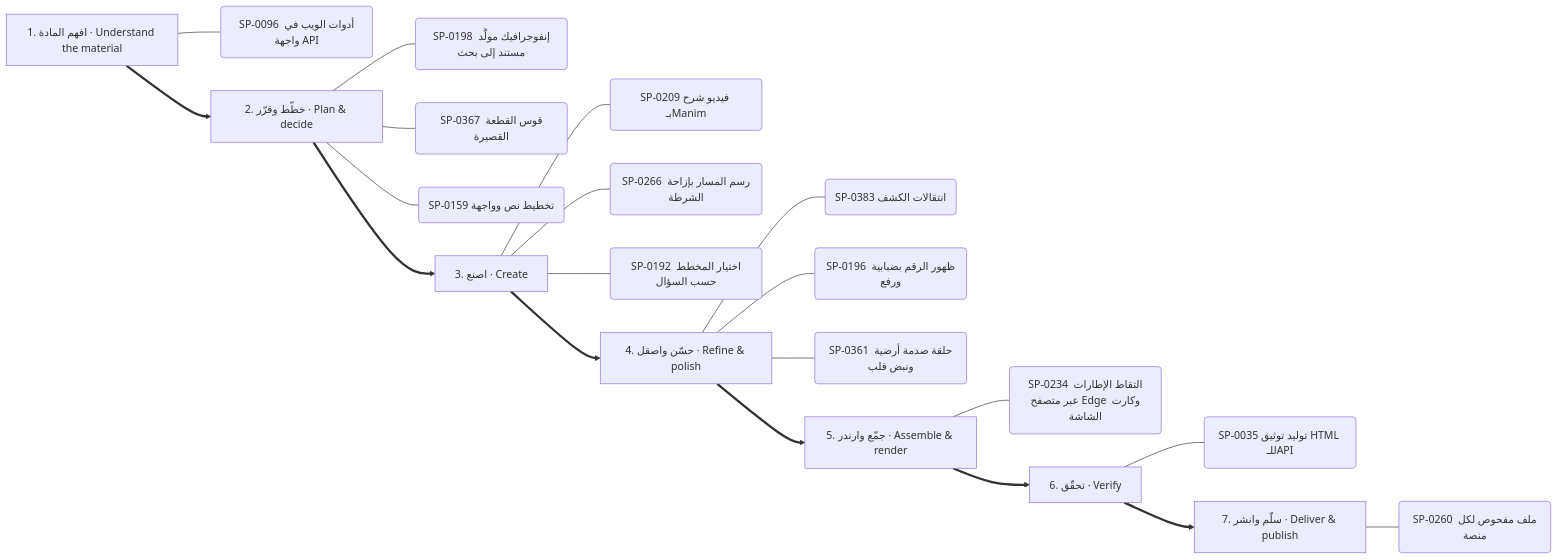
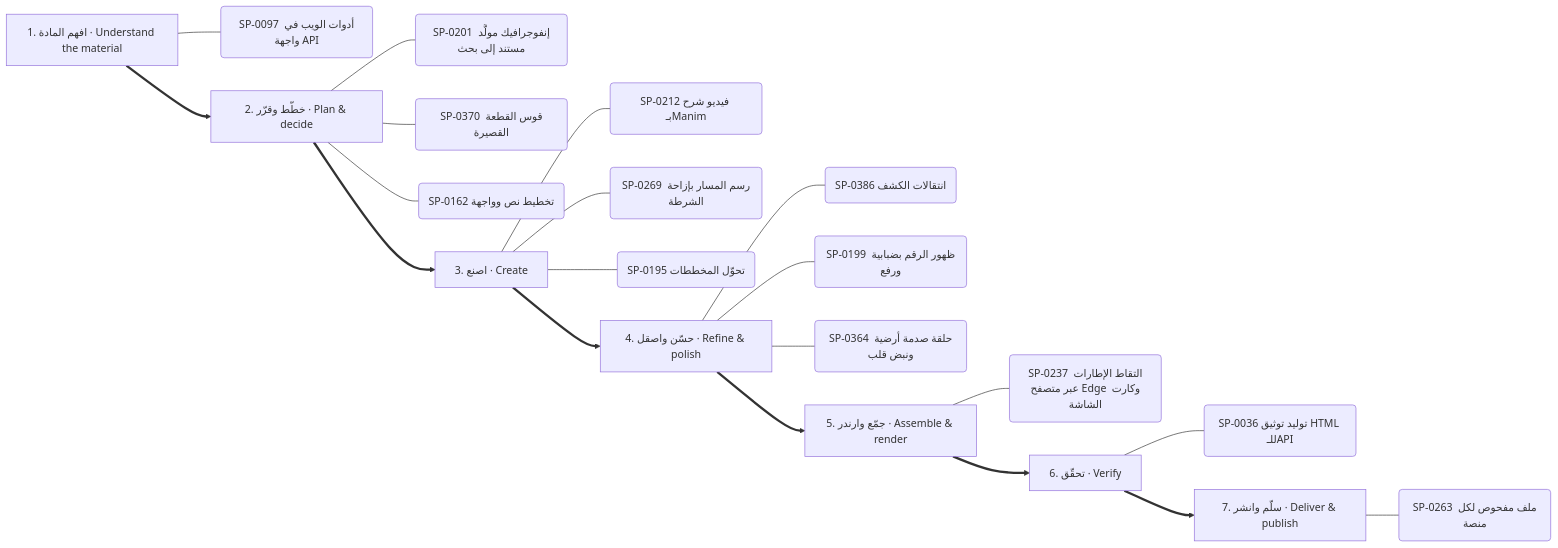
The fifth of 13 diagrams in .claude/skills/kosif-superpowers/references/capability-mindmap.md (kosif199022-jpg/kosif-tool), drawn with Mermaid before and after one commit. The commit also changed other lines of this file and 37 other files, not shown here.

````diff
--- a/.claude/skills/kosif-superpowers/references/capability-mindmap.md
+++ b/.claude/skills/kosif-superpowers/references/capability-mindmap.md
@@ -271,29 +272,29 @@
 ```mermaid
 flowchart LR
   S0["1. افهم المادة · Understand the material"]
-  S0 --- S0_0("SP-0096 أدوات الويب في واجهة API")
+  S0 --- S0_0("SP-0097 أدوات الويب في واجهة API")
   S1["2. خطّط وقرّر · Plan & decide"]
-  S1 --- S1_0("SP-0198 إنفوجرافيك مولَّد مستند إلى بحث")
-  S1 --- S1_1("SP-0367 قوس القطعة القصيرة")
-  S1 --- S1_2("SP-0159 تخطيط نص وواجهة")
+  S1 --- S1_0("SP-0201 إنفوجرافيك مولَّد مستند إلى بحث")
+  S1 --- S1_1("SP-0370 قوس القطعة القصيرة")
+  S1 --- S1_2("SP-0162 تخطيط نص وواجهة")
   S0 ==> S1
   S2["3. اصنع · Create"]
-  S2 --- S2_0("SP-0209 فيديو شرح بـManim")
-  S2 --- S2_1("SP-0266 رسم المسار بإزاحة الشرطة")
-  S2 --- S2_2("SP-0192 اختيار المخطط حسب السؤال")
+  S2 --- S2_0("SP-0212 فيديو شرح بـManim")
+  S2 --- S2_1("SP-0269 رسم المسار بإزاحة الشرطة")
+  S2 --- S2_2("SP-0195 تحوّل المخططات")
   S1 ==> S2
   S3["4. حسّن واصقل · Refine & polish"]
-  S3 --- S3_0("SP-0383 انتقالات الكشف")
-  S3 --- S3_1("SP-0196 ظهور الرقم بضبابية ورفع")
-  S3 --- S3_2("SP-0361 حلقة صدمة أرضية ونبض قلب")
+  S3 --- S3_0("SP-0386 انتقالات الكشف")
+  S3 --- S3_1("SP-0199 ظهور الرقم بضبابية ورفع")
+  S3 --- S3_2("SP-0364 حلقة صدمة أرضية ونبض قلب")
   S2 ==> S3
   S4["5. جمّع وارندر · Assemble & render"]
-  S4 --- S4_0("SP-0234 التقاط الإطارات عبر متصفح Edge وكارت الشاشة")
+  S4 --- S4_0("SP-0237 التقاط الإطارات عبر متصفح Edge وكارت الشاشة")
   S3 ==> S4
   S5["6. تحقّق · Verify"]
-  S5 --- S5_0("SP-0035 توليد توثيق HTML للـAPI")
+  S5 --- S5_0("SP-0036 توليد توثيق HTML للـAPI")
   S4 ==> S5
   S6["7. سلّم وانشر · Deliver & publish"]
-  S6 --- S6_0("SP-0260 ملف مفحوص لكل منصة")
+  S6 --- S6_0("SP-0263 ملف مفحوص لكل منصة")
   S5 ==> S6
 ```
````
